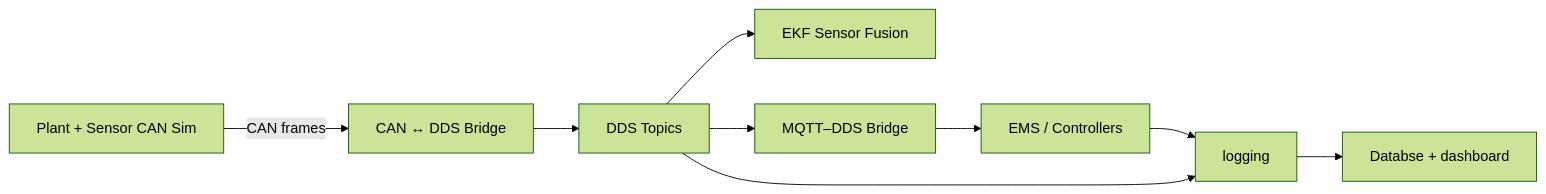
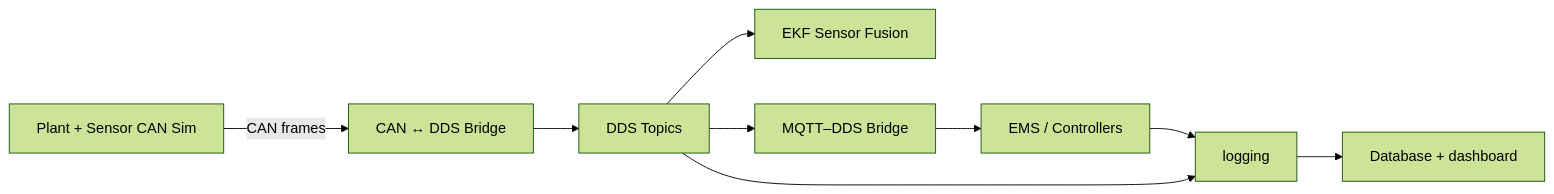
Before and after one commit to mtilocca/vehicle-Dynamics-Sim-Can: the third of 3 diagrams in README.md, drawn with Mermaid (forest theme). The commit also changed other lines of this file, not shown here.

````diff
--- a/README.md
+++ b/README.md
@@ -96,11 +135,11 @@
 ```mermaid
 flowchart LR
 SIM[Plant + Sensor CAN Sim] -->|CAN frames| BRIDGE[CAN ↔ DDS Bridge]
 BRIDGE --> DDS[DDS Topics]
 DDS --> EKF[EKF Sensor Fusion]
 DDS --> MQTT[MQTT–DDS Bridge]
 MQTT --> EMS[EMS / Controllers]
 EMS --> logging[logging]
 DDS --> logging
-logging --> Database[Databse + dashboard]
+logging --> Database[Database + dashboard]
 ```
````
